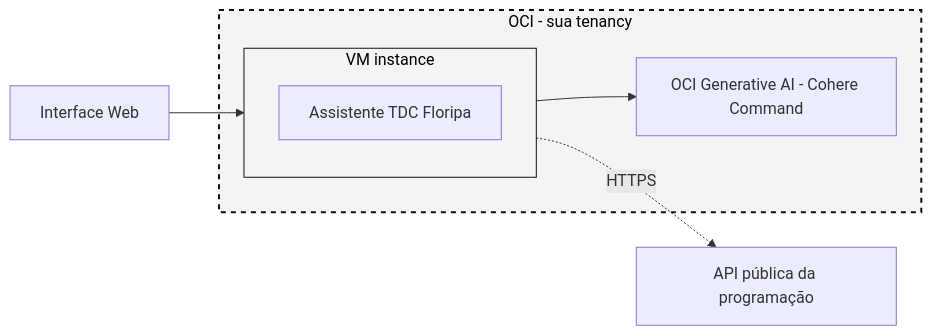
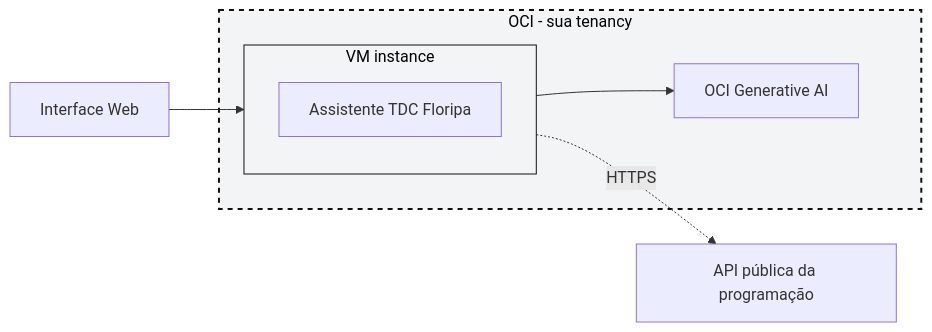
One commit to LiviaFernandes/tdc-oci-ai-agents-terraform-lab changed the diagram in README.md. Above: the diagram before and after it, drawn with Mermaid. The commit also changed other lines of this file and 2 other files, not shown here.

Commit message:
Suporta formato Generic (Llama/Grok/Gemini) alem de Cohere, troca padrao para Llama 3.3 70B

````diff
--- a/README.md
+++ b/README.md
@@ -34,21 +34,21 @@
 ```mermaid
 flowchart LR
     Chat["Interface Web"]
 
     subgraph OCI["OCI - sua tenancy"]
         subgraph VM["VM instance"]
             App["Assistente TDC Floripa"]
         end
-        Model["OCI Generative AI - Cohere Command"]
+        Model["OCI Generative AI"]
 
         VM --> Model
     end
 
     API["API pública da programação"]
 
     Chat --> VM
     VM -.HTTPS.-> API
 
     style OCI fill:#f3f4f6,stroke:#111111,stroke-width:2px,stroke-dasharray: 5 5,color:#000000
     style VM fill:#f3f4f6,stroke:#111111,stroke-width:1px,color:#000000
 ```
````
